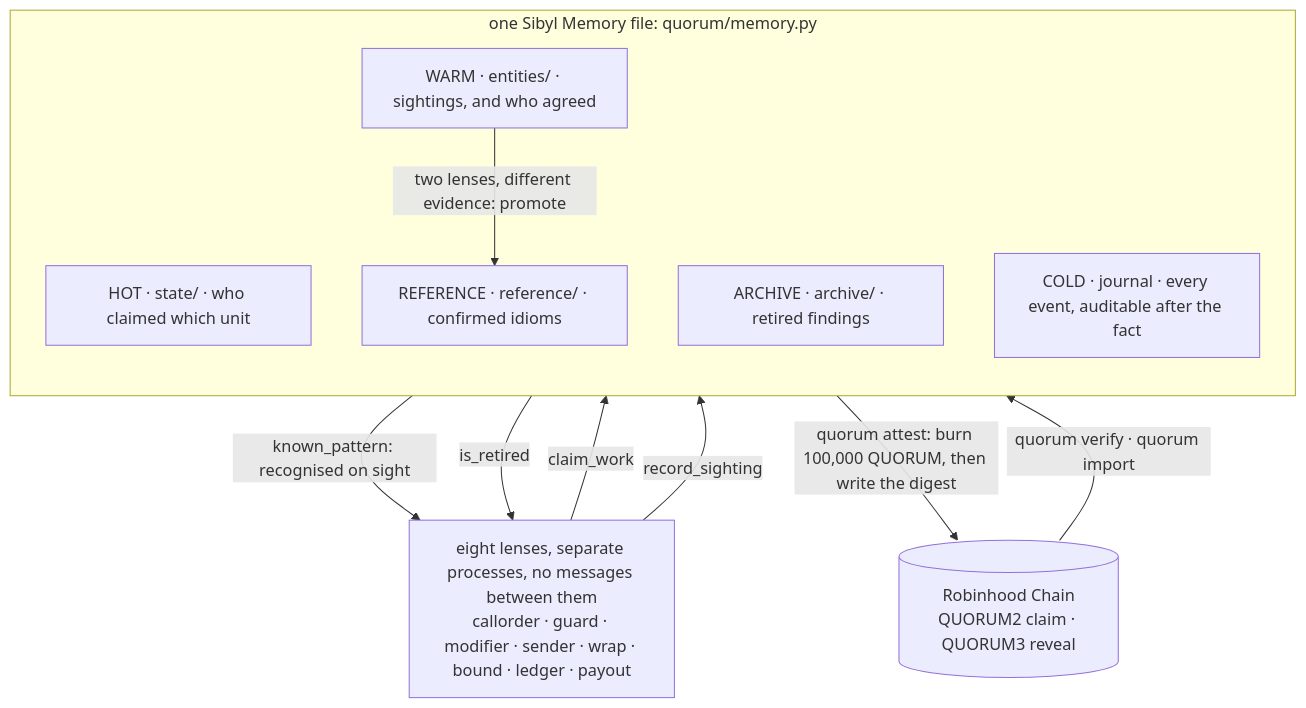
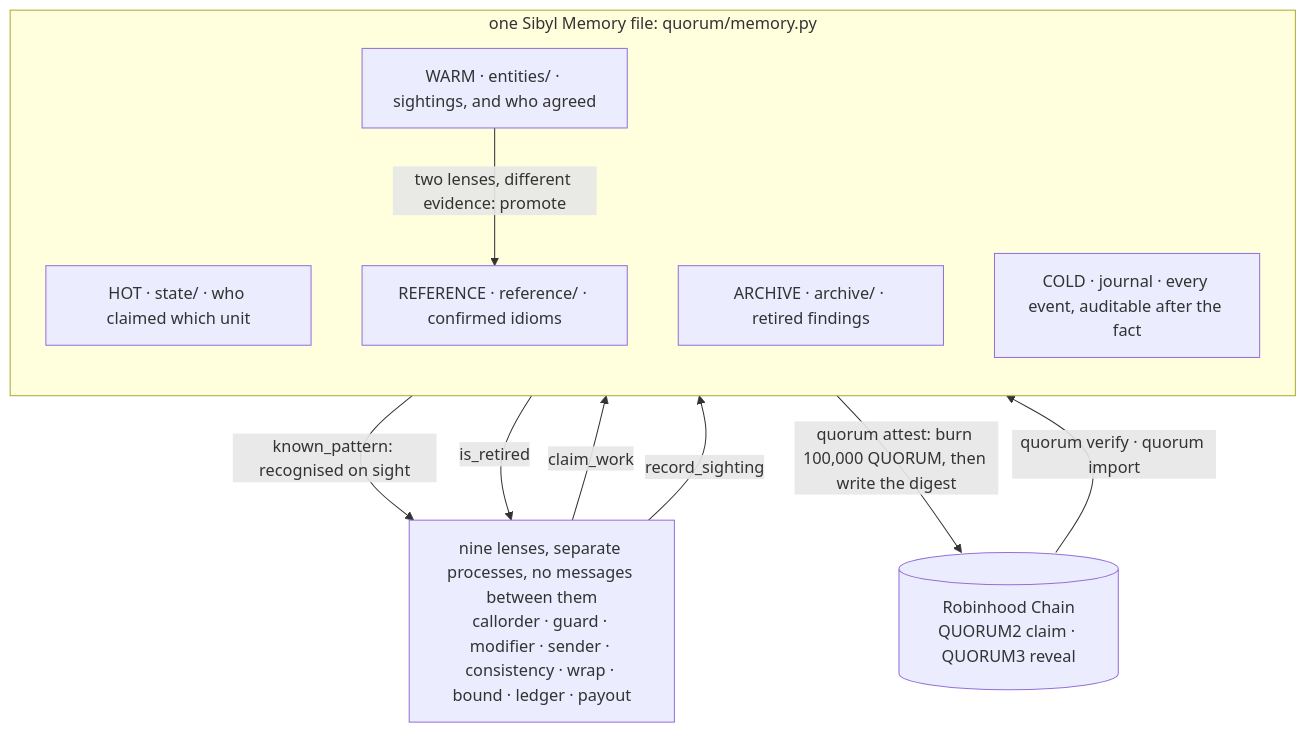
One commit to Yonkoo11/quorum changed the diagram in README.md. Above: the diagram before and after it, drawn with Mermaid. The commit also changed other lines of this file and 14 other files, not shown here.

````diff
--- a/README.md
+++ b/README.md
@@ -156,20 +156,20 @@
 ```mermaid
 flowchart TB
-  L["eight lenses, separate processes, no messages between them<br/>callorder · guard · modifier · sender · wrap · bound · ledger · payout"]
+  L["nine lenses, separate processes, no messages between them<br/>callorder · guard · modifier · sender · consistency · wrap · bound · ledger · payout"]
   subgraph M["one Sibyl Memory file: quorum/memory.py"]
     direction TB
     HOT["HOT · state/ · who claimed which unit"]
     WARM["WARM · entities/ · sightings, and who agreed"]
     REF["REFERENCE · reference/ · confirmed idioms"]
     ARCH["ARCHIVE · archive/ · retired findings"]
     COLD["COLD · journal · every event, auditable after the fact"]
   end
   RH[("Robinhood Chain<br/>QUORUM2 claim · QUORUM3 reveal")]
   L -- "claim_work" --> HOT
   L -- "record_sighting" --> WARM
   WARM -- "two lenses, different evidence: promote" --> REF
   REF -- "known_pattern: recognised on sight" --> L
   ARCH -- "is_retired" --> L
   REF -- "quorum attest: burn 100,000 QUORUM, then write the digest" --> RH
   RH -- "quorum verify · quorum import" --> REF
 ```
````
